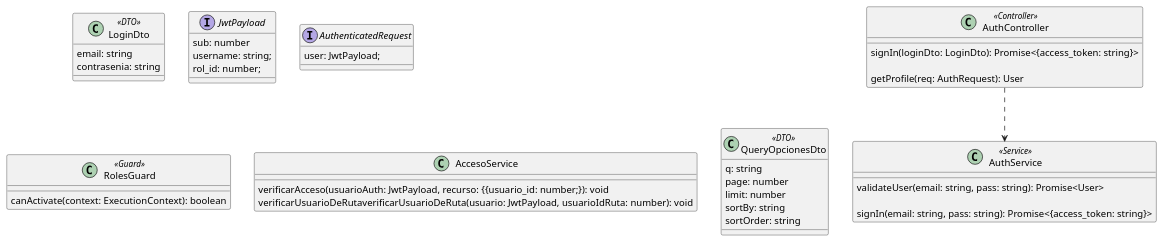
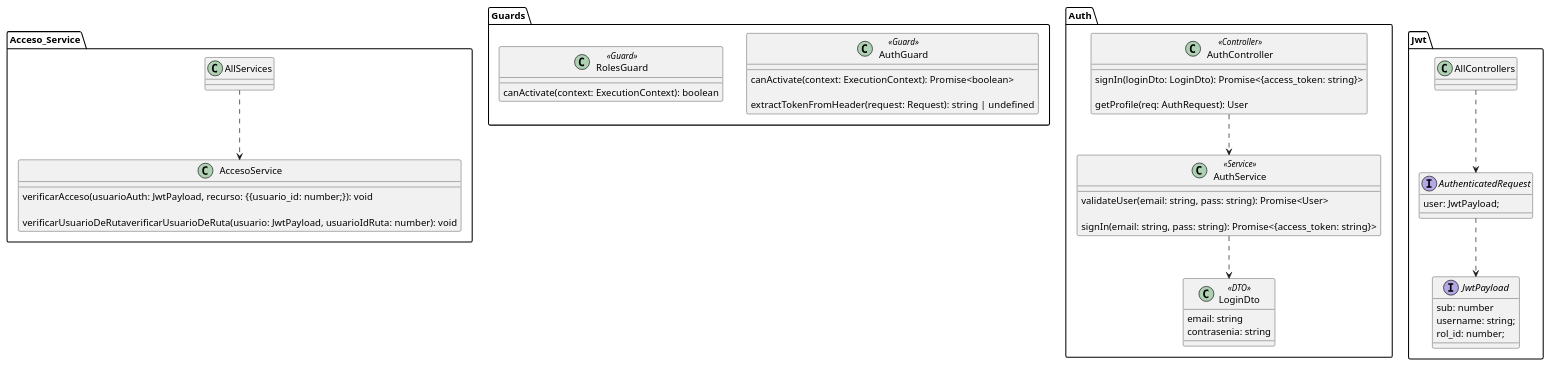
The diagram in documentacion/diagramas/Diagramas de clases/diagrama_clase_auth+Acceso+QueryDto.puml (fedef1982/2025-TUP-Prog3-TP-Grupo2), drawn with PlantUML before and after one commit. The commit also changed 4 other files, not shown here.

Commit message:
diagramas

```diff
--- a/documentacion/diagramas/Diagramas de clases/diagrama_clase_auth+Acceso+QueryDto.puml
+++ b/documentacion/diagramas/Diagramas de clases/diagrama_clase_auth+Acceso+QueryDto.puml
@@ -1,57 +1,87 @@
 @startuml AdoptAR
 
 skinparam Linetype ortho
 
-class AuthService <<Service>> {
-    validateUser(email: string, pass: string): Promise<User>
+package Acceso_Service{
 
-    signIn(email: string, pass: string): Promise<{access_token: string}>
+    class AllServices {
+
+    }
+
+    class AccesoService{
+
+    verificarAcceso(usuarioAuth: JwtPayload, recurso: {{usuario_id: number;}): void    
+
+    verificarUsuarioDeRutaverificarUsuarioDeRuta(usuario: JwtPayload, usuarioIdRuta: number): void
+
+    }
 
 }
 
-class AuthController <<Controller>> {
+package Guards {
+    class AuthGuard <<Guard>> {
 
-    signIn(loginDto: LoginDto): Promise<{access_token: string}>
+        canActivate(context: ExecutionContext): Promise<boolean>
 
-    getProfile(req: AuthRequest): User
+        extractTokenFromHeader(request: Request): string | undefined
+    }
+
+    class RolesGuard <<Guard>> {
+
+        canActivate(context: ExecutionContext): boolean
+    }
 }
 
-class LoginDto <<DTO>> {
+package Auth {
+
+    class AuthService <<Service>> {
+        validateUser(email: string, pass: string): Promise<User>
+
+        signIn(email: string, pass: string): Promise<{access_token: string}>
+
+    }
+
+    class AuthController <<Controller>> {
+
+        signIn(loginDto: LoginDto): Promise<{access_token: string}>
+
+        getProfile(req: AuthRequest): User
+    }
+
+    class LoginDto <<DTO>> {
     email: string
     contrasenia: string
+    }
 }
 
-interface JwtPayload {
-    sub: number
-    username: string;
-    rol_id: number;
+package Jwt {
+
+    class AllControllers{
+
+    }
+
+    interface JwtPayload {
+        sub: number
+        username: string;
+        rol_id: number;
+    }
+
+    interface AuthenticatedRequest {
+        user: JwtPayload;
+    }
 }
 
-interface AuthenticatedRequest {
-    user: JwtPayload;
-}
 
-class RolesGuard <<Guard>> {
-    canActivate(context: ExecutionContext): boolean
-}
 
-class AccesoService{
 
-    verificarAcceso(usuarioAuth: JwtPayload, recurso: {{usuario_id: number;}): void    
-    
-    verificarUsuarioDeRutaverificarUsuarioDeRuta(usuario: JwtPayload, usuarioIdRuta: number): void
-
-}
-
-class QueryOpcionesDto <<DTO>> {
-    q: string
-    page: number
-    limit: number
-    sortBy: string
-    sortOrder: string
-}
 
 /' Relaciones '/
 AuthController ..> AuthService 
+AuthService ..> LoginDto
+
+AuthenticatedRequest ..> JwtPayload
+
+AllServices ..> AccesoService
+AllControllers ..> AuthenticatedRequest
 
 @enduml
```
